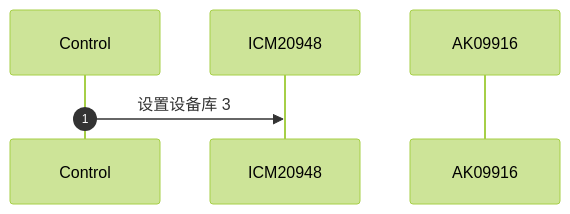
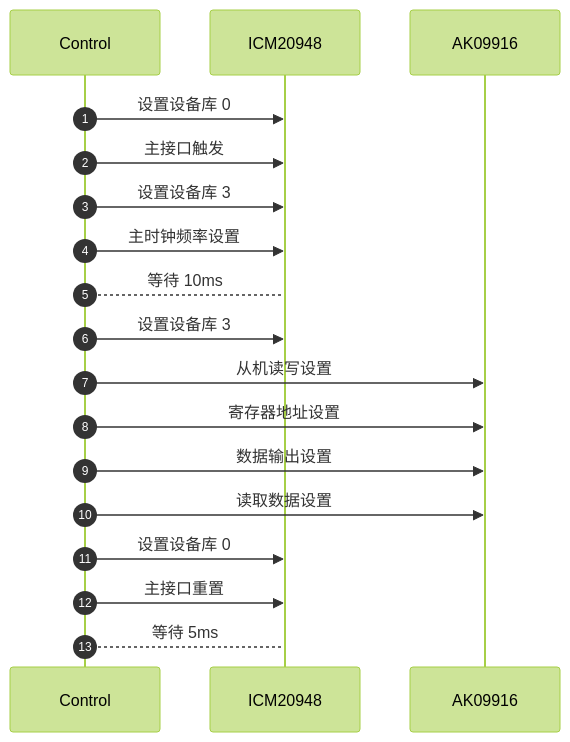
Before and after one commit to hkdickyko/hkdickyko.github.io: the third of 3 diagrams in _posts/2025-04-06-mdchart.md, drawn with Mermaid (forest theme). The commit also changed other lines of this file, not shown here.

```diff
--- a/_posts/2025-04-06-mdchart.md
+++ b/_posts/2025-04-06-mdchart.md
@@ -166,9 +166,21 @@
 <div class="mermaid">
 sequenceDiagram;
    autonumber;
    participant C as Control;
    participant I as ICM20948;
    participant A as AK09916;
+   C->>I: 设置设备库 0;
+   C->>I: 主接口触发;
    C->>I: 设置设备库 3;
+   C->>I: 主时钟频率设置;
+   C-->I: 等待 10ms;
+   C->>I: 设置设备库 3;
+   C->>A: 从机读写设置;
+   C->>A: 寄存器地址设置;
+   C->>A: 数据输出设置;
+   C->>A: 读取数据设置;
+   C->>I: 设置设备库 0;
+   C->>I: 主接口重置;
+   C-->I: 等待 5ms;
 
 </div>   
```
